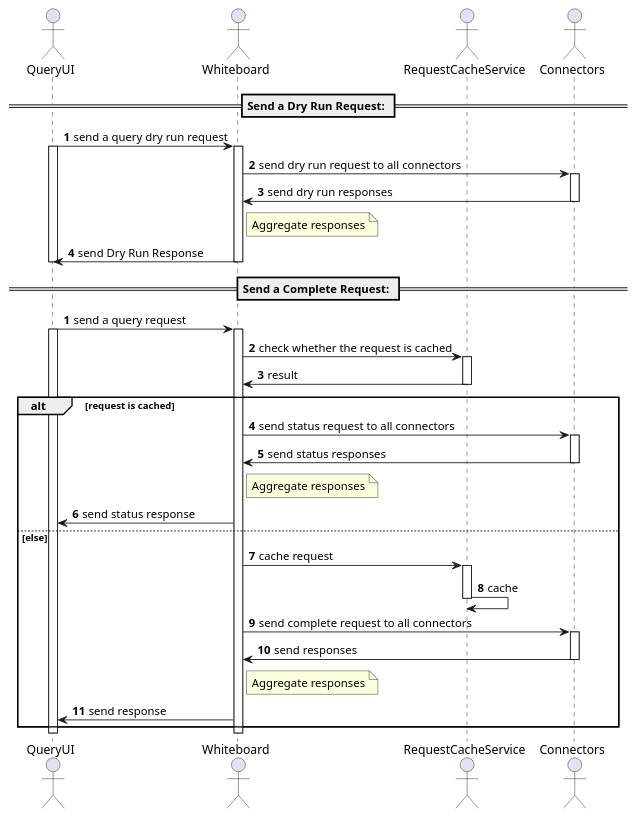
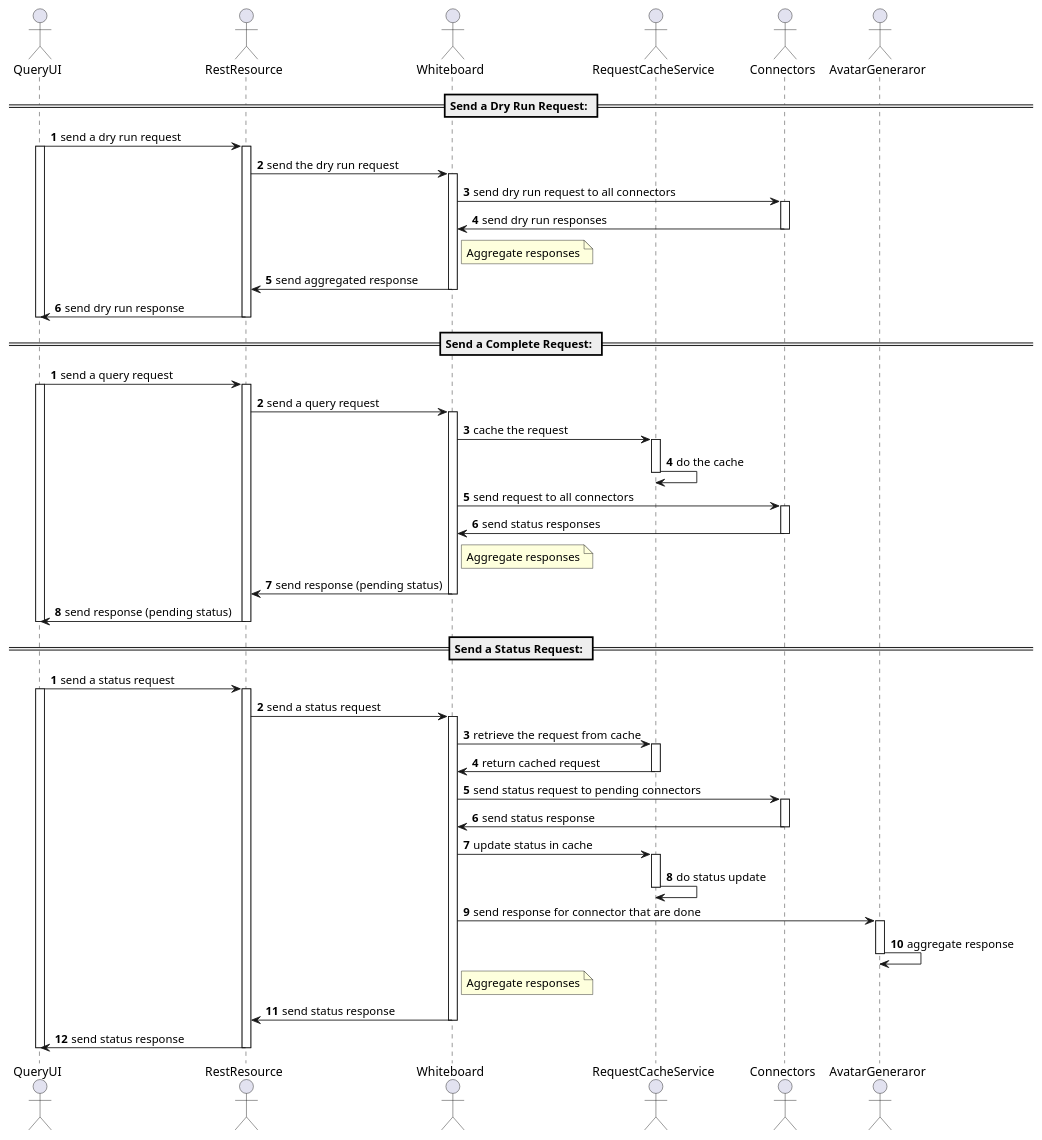
Before and after one commit to DataInMotion/avatar-dataspaces-demo: the diagram in plantUML/workflow-diagram.puml, drawn with PlantUML. The commit also changed 51 other files, not shown here.

First line of the commit message:
modified query status model

```diff
--- a/plantUML/workflow-diagram.puml
+++ b/plantUML/workflow-diagram.puml
@@ -1,60 +1,88 @@
 @startuml
 actor QueryUI as UI
+actor RestResource as RR
 actor Whiteboard as WB
 actor RequestCacheService as RCS
 actor Connectors as Cs
+actor AvatarGeneraror as AG
 
 == Send a Dry Run Request: ==
 
 autonumber
-UI->WB: send a query dry run request
+UI->RR: send a dry run request
 activate UI
+activate RR
+RR->WB: send the dry run request
 activate WB
 WB->Cs: send dry run request to all connectors
 activate Cs
 Cs->WB: send dry run responses
 deactivate Cs
 note right of WB
 Aggregate responses
 end note
-WB->UI: send Dry Run Response
+WB->RR: send aggregated response
 deactivate WB
+RR->UI: send dry run response
+deactivate RR
 deactivate UI
 
 == Send a Complete Request: ==
 
 autonumber
-UI->WB: send a query request
+UI->RR: send a query request
 activate UI
+activate RR
+RR->WB: send a query request
 activate WB
-WB->RCS: check whether the request is cached
-	activate RCS
-	RCS->WB: result
-	deactivate RCS
-	alt request is cached
-	WB->Cs: send status request to all connectors
-	activate Cs
-	Cs->WB: send status responses
-	deactivate Cs
-	note right of WB
-	Aggregate responses
-	end note
-	WB->UI: send status response
-	else else
-	WB->RCS: cache request
-	activate RCS
-	RCS->RCS: cache
-	deactivate RCS
-	WB->Cs: send complete request to all connectors
-	activate Cs
-	Cs->WB: send responses
-	deactivate Cs
-	note right of WB
-	Aggregate responses
-	end note
-	WB->UI: send response
-	end
+WB->RCS: cache the request
+activate RCS
+RCS->RCS: do the cache
+deactivate RCS
+WB->Cs: send request to all connectors
+activate Cs
+Cs->WB: send status responses
+deactivate Cs
+note right of WB
+Aggregate responses
+end note
+WB->RR: send response (pending status)
 deactivate WB
+RR->UI: send response (pending status)
+deactivate RR
+deactivate UI
+
+== Send a Status Request: ==
+
+autonumber
+UI->RR: send a status request
+activate UI 
+activate RR
+RR->WB: send a status request
+activate WB
+WB->RCS: retrieve the request from cache
+activate RCS
+RCS->WB: return cached request
+deactivate RCS
+WB->Cs: send status request to pending connectors
+activate Cs
+Cs->WB: send status response
+deactivate Cs
+WB->RCS: update status in cache
+activate RCS
+RCS->RCS: do status update
+deactivate RCS
+WB->AG: send response for connector that are done
+activate AG
+AG->AG: aggregate response
+deactivate AG
+note right of WB
+Aggregate responses
+end note
+WB->RR: send status response 
+deactivate WB
+RR->UI: send status response
+deactivate RR
 deactivate UI
 
 @enduml
```
